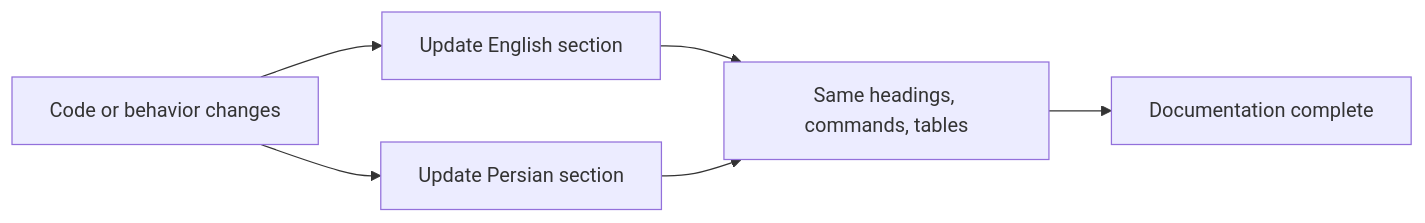
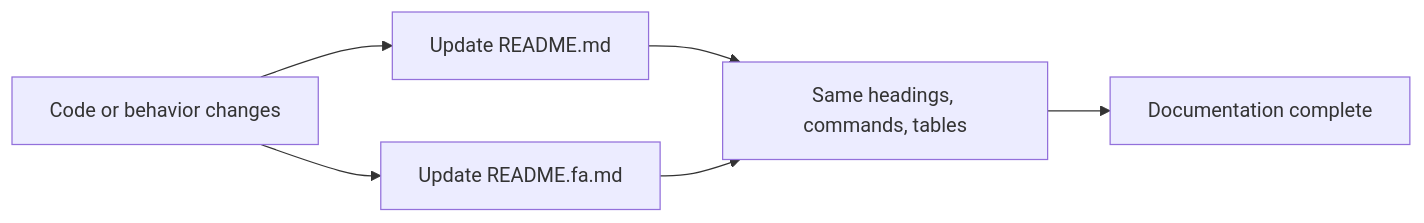
Before and after one commit to alirezariahi/dirouter: the tenth of 10 diagrams in CONTRIBUTING.md, drawn with Mermaid. The commit also changed other lines of this file and 166 other files, not shown here.

Commit message:
docs(docs): split English and Persian documentation into separate files

````diff
--- a/CONTRIBUTING.md
+++ b/CONTRIBUTING.md
@@ -442,8 +444,8 @@
 ```mermaid
 flowchart LR
-  change["Code or behavior changes"] --> en["Update English section"]
-  change --> fa["Update Persian section"]
+  change["Code or behavior changes"] --> en["Update README.md"]
+  change --> fa["Update README.fa.md"]
   en --> check["Same headings, commands, tables"]
   fa --> check
   check --> ok["Documentation complete"]
 ```
````
